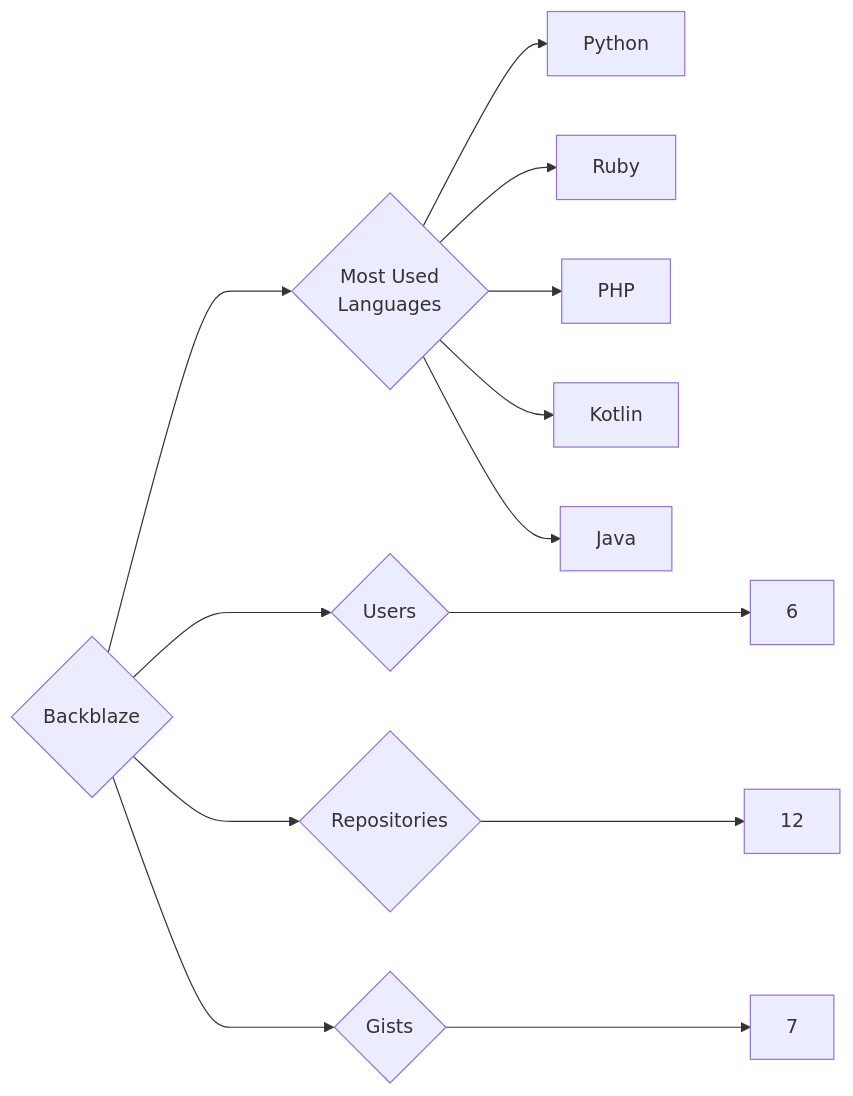
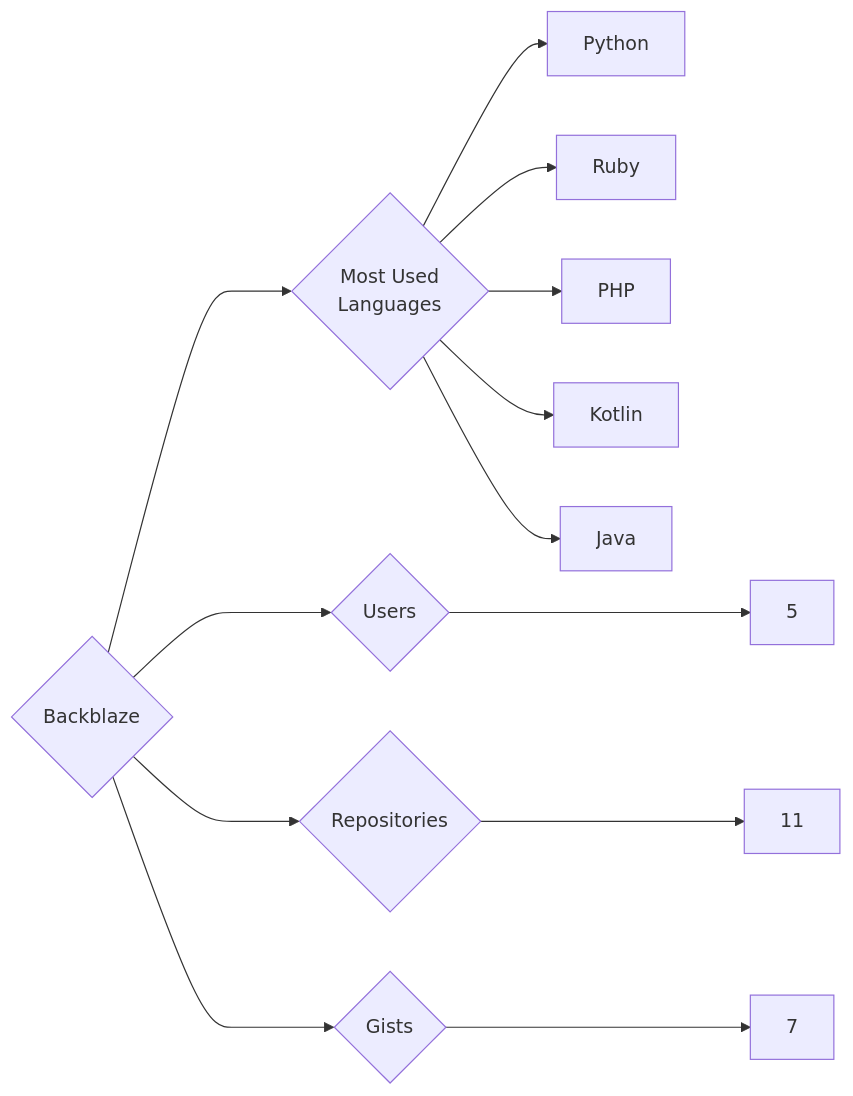
One commit to trickest/insiders changed the diagram in targets/Backblaze/README.md. Above: the diagram before and after it, drawn with Mermaid. The commit also changed 1007 other files, not shown here.

````diff
--- a/targets/Backblaze/README.md
+++ b/targets/Backblaze/README.md
@@ -3,13 +3,13 @@
 ```mermaid
 graph LR
 COMPANY_NAME{Backblaze}
-COMPANY_NAME ---> U{Users} ---> UN[6]
-COMPANY_NAME ---> R{Repositories} ---> RN[12]
+COMPANY_NAME ---> U{Users} ---> UN[5]
+COMPANY_NAME ---> R{Repositories} ---> RN[11]
 COMPANY_NAME ---> G{Gists} ---> GN[7]
 COMPANY_NAME ---> ML{Most Used<br>Languages}
 ML --> Python[Python]
 ML --> Ruby[Ruby]
 ML --> PHP[PHP]
 ML --> Kotlin[Kotlin]
 ML --> Java[Java]
 ```
````
